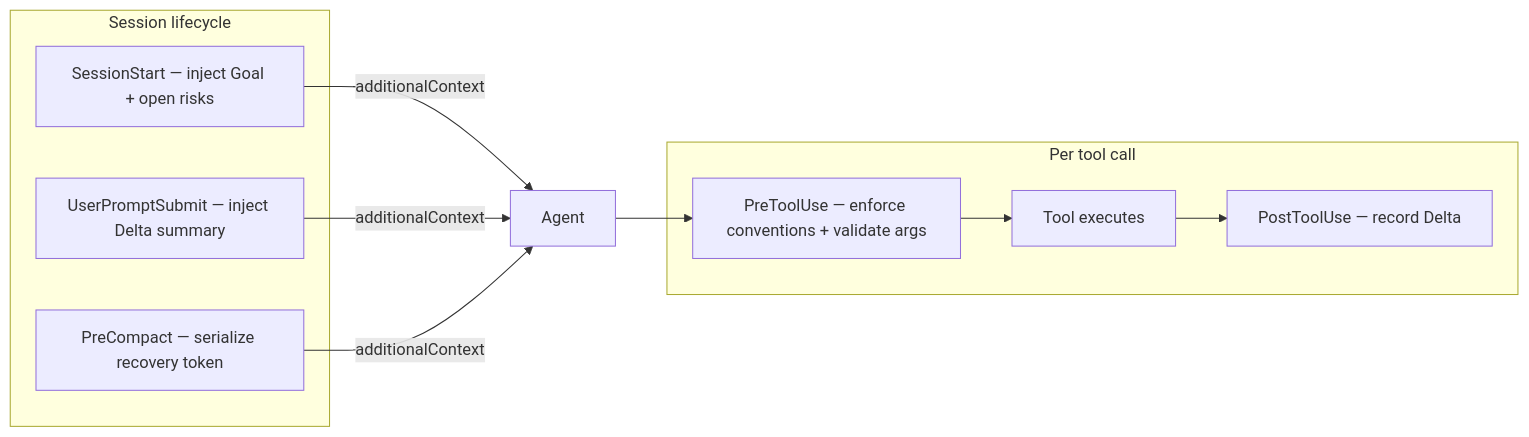
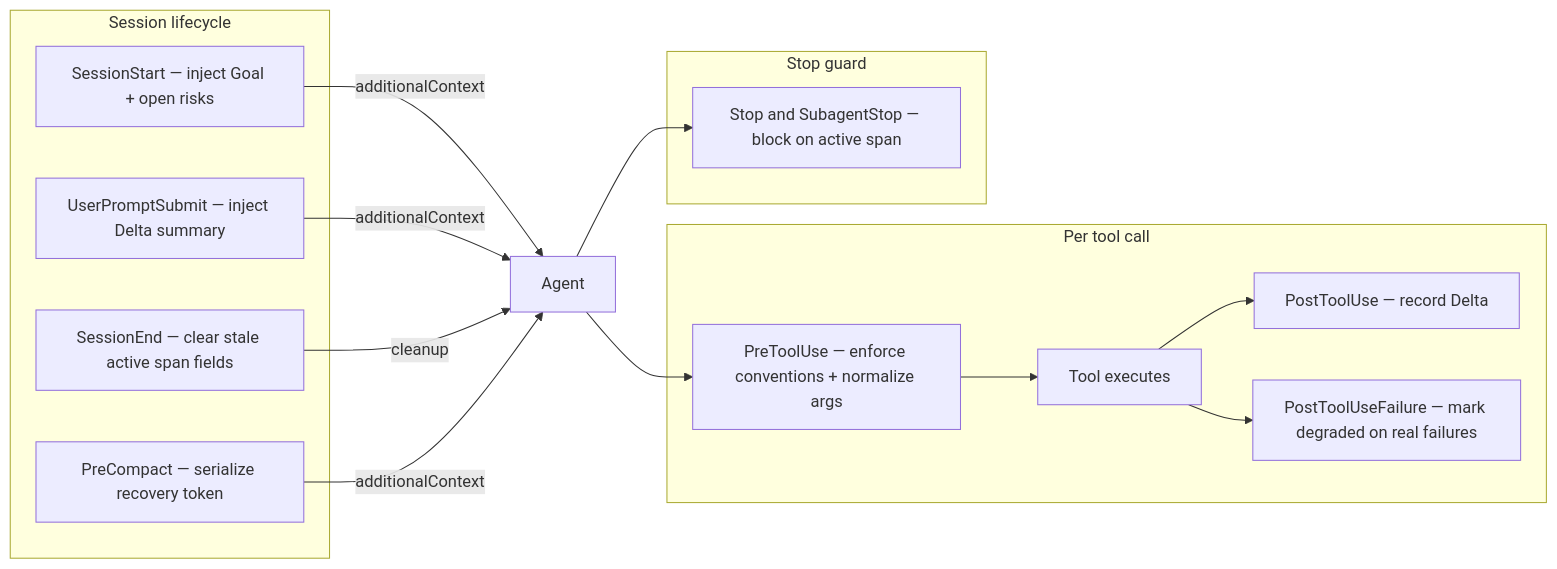
One commit to jianzhichun/emerge changed the fourth of 4 diagrams in README.md. Above: the diagram before and after it, drawn with Mermaid. The commit also changed other lines of this file and 1 other file, not shown here.

First line of the commit message:
docs: align architecture/data-flow docs with current hook and bridge behavior

````diff
--- a/README.md
+++ b/README.md
@@ -205,19 +209,28 @@
 ```mermaid
 flowchart LR
   subgraph session [Session lifecycle]
     SS[SessionStart — inject Goal + open risks]
     UPS[UserPromptSubmit — inject Delta summary]
+    SE[SessionEnd — clear stale active span fields]
     PC[PreCompact — serialize recovery token]
   end
 
   subgraph percall [Per tool call]
-    PTU[PreToolUse — enforce conventions + validate args]
+    PTU[PreToolUse — enforce conventions + normalize args]
     EX[Tool executes]
     POTU[PostToolUse — record Delta]
+    PTF[PostToolUseFailure — mark degraded on real failures]
+  end
+
+  subgraph stopguard [Stop guard]
+    ST[Stop and SubagentStop — block on active span]
   end
 
   SS -->|additionalContext| Agent
   UPS -->|additionalContext| Agent
+  SE -->|cleanup| Agent
   PC -->|additionalContext| Agent
   Agent --> PTU --> EX --> POTU
+  EX --> PTF
+  Agent --> ST
 ```
````
